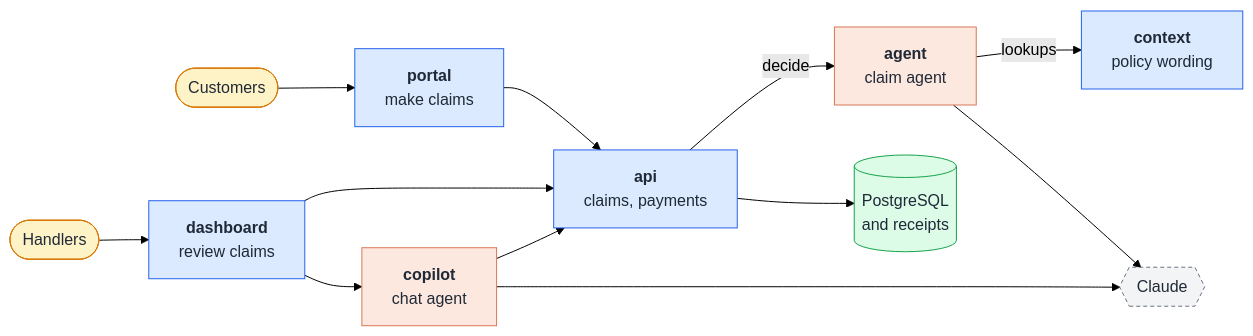
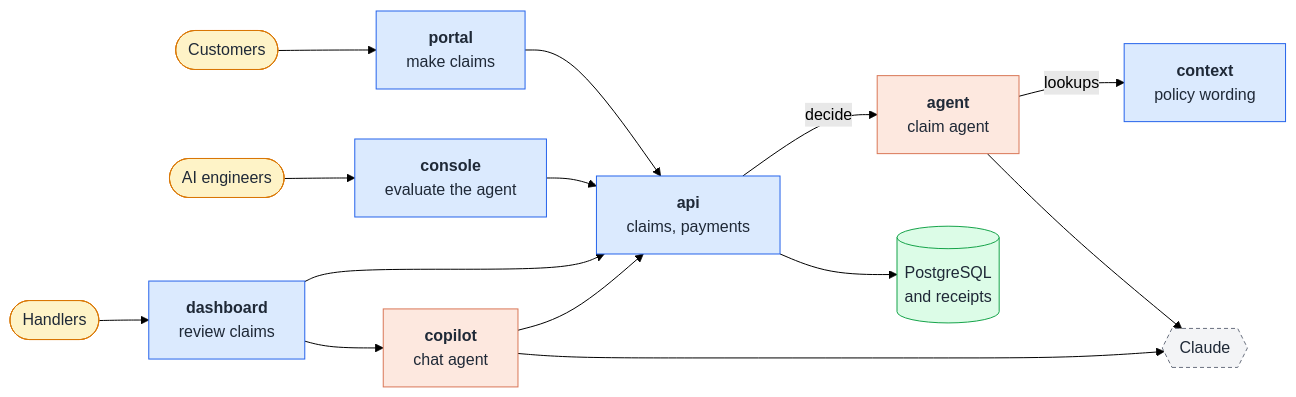
One commit to euginevd/travel-claims changed the diagram in README.md. Above: the diagram before and after it, drawn with Mermaid (forest theme). The commit also changed other lines of this file and 75 other files, not shown here.

First line of the commit message:
AI engineer console (5175), demo home (5172) and the handler to-do (#38)

````diff
--- a/README.md
+++ b/README.md
@@ -34,35 +40,38 @@
 ```mermaid
 flowchart LR
   customer([Customers])
   handler([Handlers])
+  engineer([AI engineers])
 
   portal["<b>portal</b><br/>make claims"]
   dashboard["<b>dashboard</b><br/>review claims"]
+  console["<b>console</b><br/>evaluate the agent"]
   api["<b>api</b><br/>claims, payments"]
   copilot["<b>copilot</b><br/>chat agent"]
   agent["<b>agent</b><br/>claim agent"]
   context["<b>context</b><br/>policy wording"]
   data[("PostgreSQL<br/>and receipts")]
   claude{{"Claude"}}
 
   customer --> portal --> api
   handler --> dashboard --> api
+  engineer --> console --> api
   dashboard --> copilot --> api
   api -->|decide| agent
   agent -->|lookups| context
   agent --> claude
   copilot --> claude
   api --> data
 
   classDef person fill:#fef3c7,stroke:#d97706,color:#1f2937
   classDef app fill:#dbeafe,stroke:#2563eb,color:#1f2937
   classDef ai fill:#fde8df,stroke:#d97757,color:#1f2937
   classDef store fill:#dcfce7,stroke:#16a34a,color:#1f2937
   classDef external fill:#f3f4f6,stroke:#6b7280,color:#1f2937,stroke-dasharray:4 3
 
-  class customer,handler person
-  class portal,dashboard,api,context app
+  class customer,handler,engineer person
+  class portal,dashboard,console,api,context app
   class agent,copilot ai
   class data store
   class claude external
 ```
````
